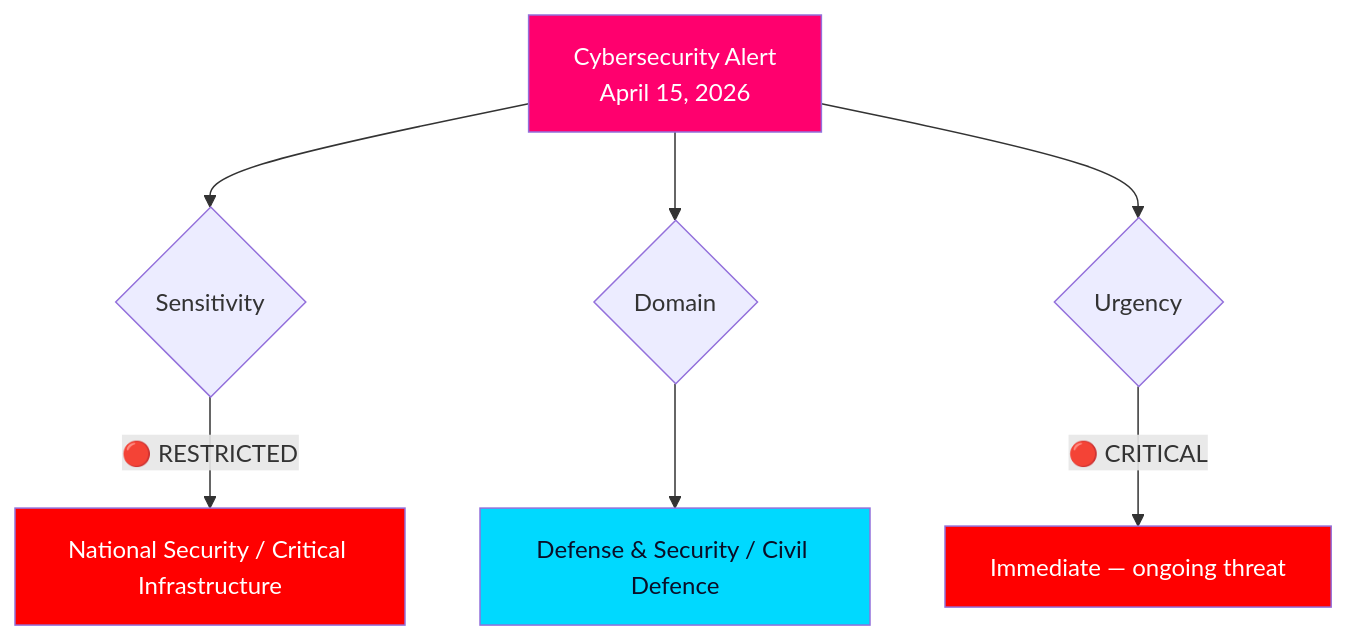
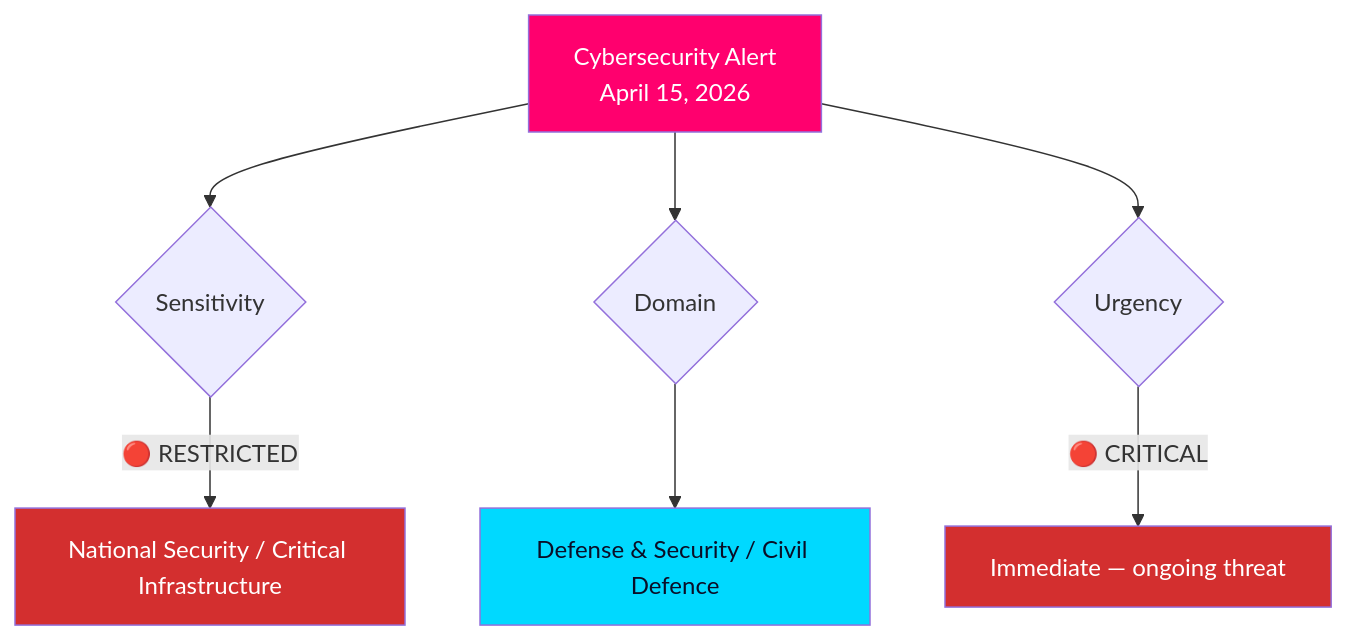
The diagram in analysis/daily/2026-04-16/realtime-1442/documents/cybersecurity-alert-analysis.md (Hack23/riksdagsmonitor), drawn with Mermaid before and after one commit. The commit also changed 785 other files, not shown here.

First line of the commit message:
Normalize mermaid colors across 786 analysis artifacts to ISMS Style Guide palette

````diff
--- a/analysis/daily/2026-04-16/realtime-1442/documents/cybersecurity-alert-analysis.md
+++ b/analysis/daily/2026-04-16/realtime-1442/documents/cybersecurity-alert-analysis.md
@@ -22,13 +22,13 @@
 ```mermaid
 graph TD
     A["Cybersecurity Alert<br/>April 15, 2026"] --> B{"Sensitivity"}
     B -->|"🔴 RESTRICTED"| C["National Security / Critical Infrastructure"]
     A --> G{"Domain"}
     G --> H["Defense & Security / Civil Defence"]
     A --> I{"Urgency"}
     I -->|"🔴 CRITICAL"| J["Immediate — ongoing threat"]
-    style A fill:#ff006e,color:#fff
-    style C fill:#ff0000,color:#fff
+    style A fill:#ff006e,color:#FFFFFF
+    style C fill:#D32F2F,color:#FFFFFF
     style H fill:#00d9ff,color:#0a0e27
-    style J fill:#ff0000,color:#fff
+    style J fill:#D32F2F,color:#FFFFFF
 ```
````
